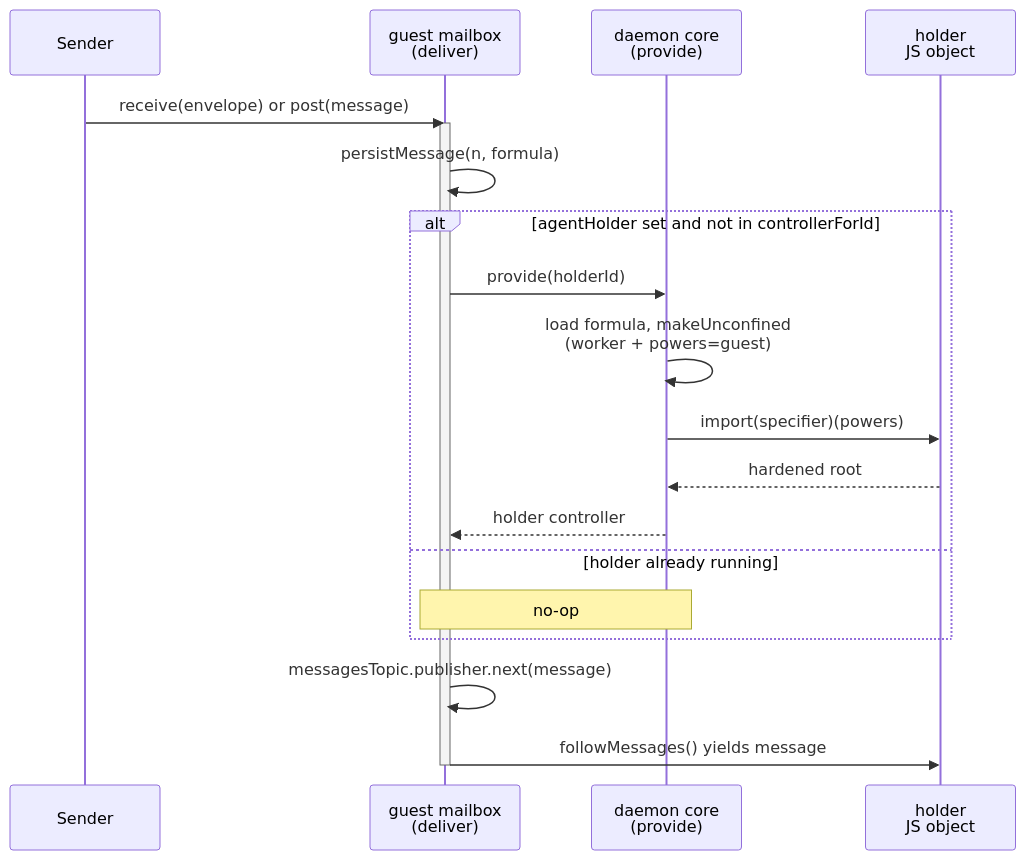
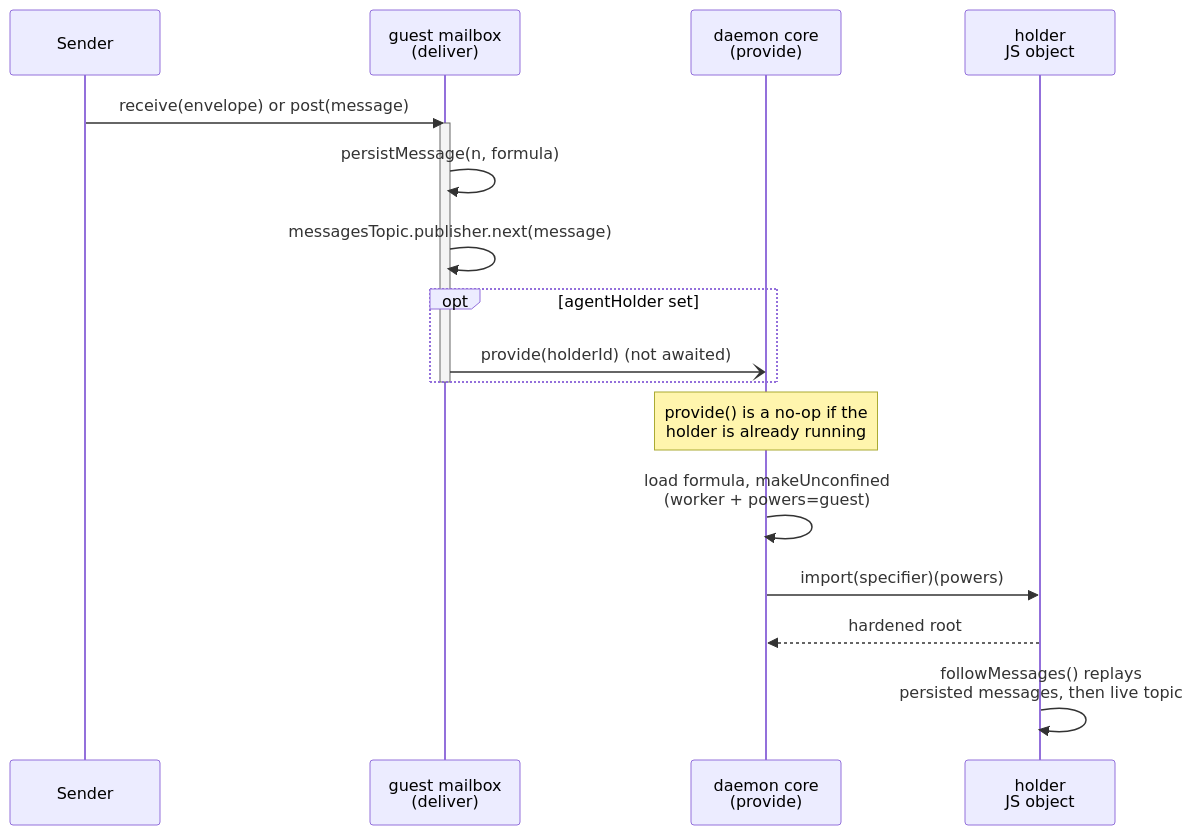
Before and after one commit to endojs/endo-but-for-bots: the second of 2 diagrams in designs/guest-agent-holder-reincarnation.md, drawn with Mermaid. The commit also changed other lines of this file and 1 other file, not shown here.

Commit message:
design(daemon): address design-panel findings on holder reincarnation

````diff
--- a/designs/guest-agent-holder-reincarnation.md
+++ b/designs/guest-agent-holder-reincarnation.md
@@ -273,23 +402,21 @@
 ```mermaid
 sequenceDiagram
     participant Sender
     participant Mail as guest mailbox<br/>(deliver)
     participant Daemon as daemon core<br/>(provide)
     participant Holder as holder<br/>JS object
 
     Sender->>Mail: receive(envelope) or post(message)
     activate Mail
     Mail->>Mail: persistMessage(n, formula)
-    alt agentHolder set and not in controllerForId
-        Mail->>Daemon: provide(holderId)
-        Daemon->>Daemon: load formula, makeUnconfined<br/>(worker + powers=guest)
-        Daemon->>Holder: import(specifier)(powers)
-        Holder-->>Daemon: hardened root
-        Daemon-->>Mail: holder controller
-    else holder already running
-        Note over Mail,Daemon: no-op
+    Mail->>Mail: messagesTopic.publisher.next(message)
+    opt agentHolder set
+        Mail-)Daemon: provide(holderId) (not awaited)
     end
-    Mail->>Mail: messagesTopic.publisher.next(message)
-    Mail->>Holder: followMessages() yields message
     deactivate Mail
+    Note over Daemon: provide() is a no-op if the<br/>holder is already running
+    Daemon->>Daemon: load formula, makeUnconfined<br/>(worker + powers=guest)
+    Daemon->>Holder: import(specifier)(powers)
+    Holder-->>Daemon: hardened root
+    Holder->>Holder: followMessages() replays<br/>persisted messages, then live topic
 ```
````
